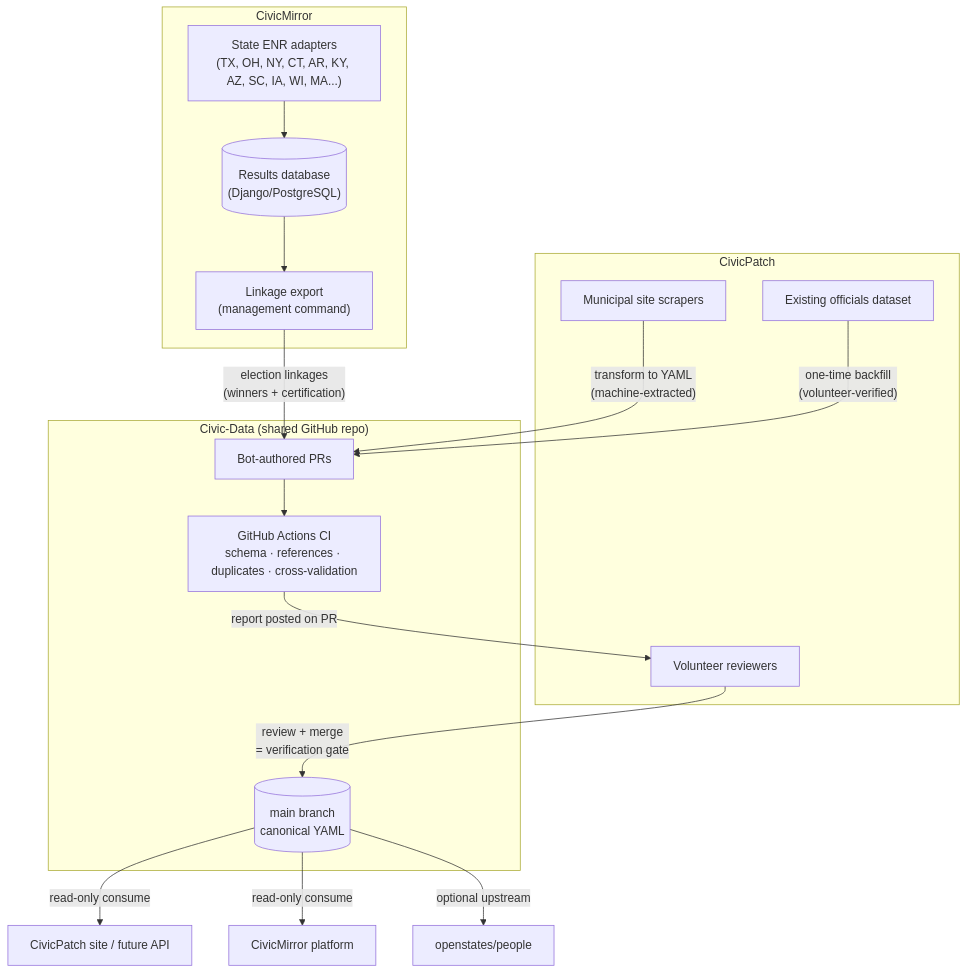
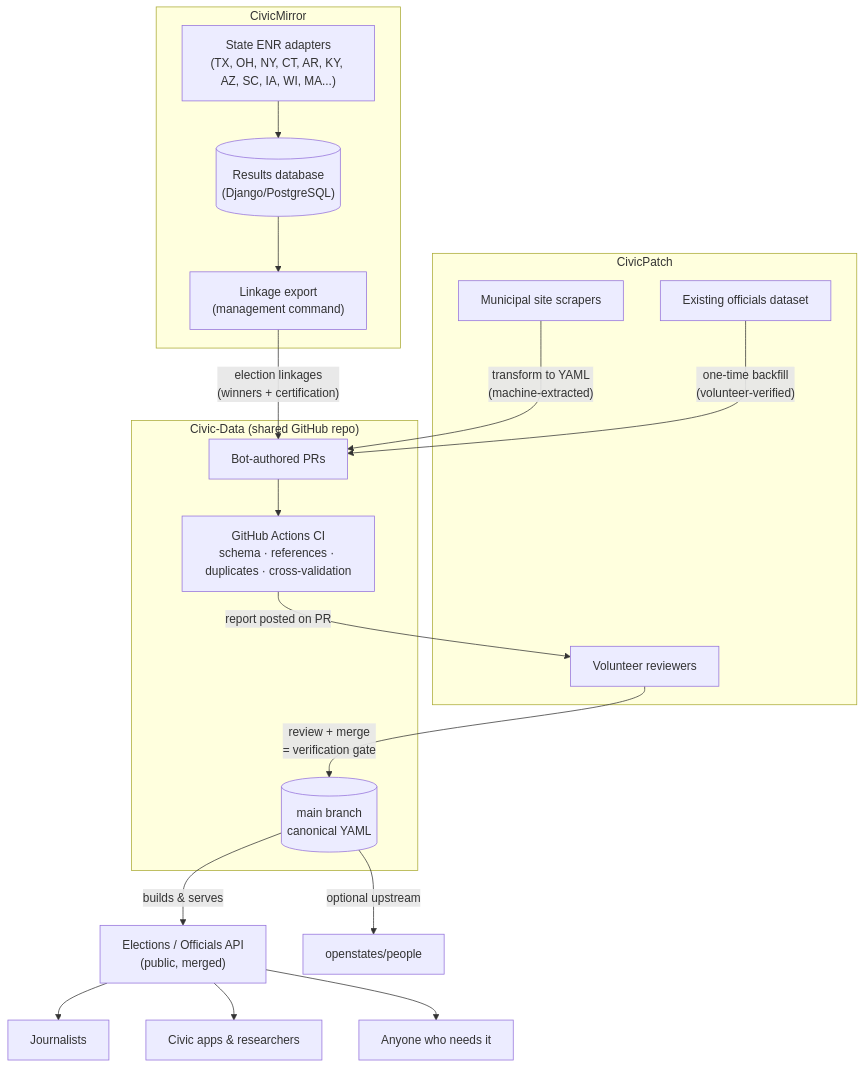
Before and after one commit to CivicMirror/Civic-Data: the diagram in Data_Flow.md, drawn with Mermaid. The commit also changed other lines of this file, not shown here.

First line of the commit message:
Enhance Data Flow documentation and API details

````diff
--- a/Data_Flow.md
+++ b/Data_Flow.md
@@ -7,34 +7,37 @@
 ```mermaid
 flowchart TB
     subgraph CP["CivicPatch"]
         CPS["Municipal site scrapers"]
         CPD["Existing officials dataset"]
         CPV["Volunteer reviewers"]
     end
 
     subgraph CM["CivicMirror"]
         CMA["State ENR adapters<br/>(TX, OH, NY, CT, AR, KY, AZ, SC, IA, WI, MA...)"]
         CMD[("Results database<br/>(Django/PostgreSQL)")]
         CME["Linkage export<br/>(management command)"]
     end
 
     subgraph CD["Civic-Data (shared GitHub repo)"]
         PR["Bot-authored PRs"]
         CI["GitHub Actions CI<br/>schema · references · duplicates · cross-validation"]
         MAIN[("main branch<br/>canonical YAML")]
     end
 
     CPS -->|"transform to YAML<br/>(machine-extracted)"| PR
     CPD -->|"one-time backfill<br/>(volunteer-verified)"| PR
     CMA --> CMD
     CMD --> CME
     CME -->|"election linkages<br/>(winners + certification)"| PR
 
     PR --> CI
     CI -->|"report posted on PR"| CPV
     CPV -->|"review + merge<br/>= verification gate"| MAIN
 
-    MAIN -->|"read-only consume"| CPAPI["CivicPatch site / future API"]
-    MAIN -->|"read-only consume"| CMAPI["CivicMirror platform"]
+    MAIN -->|"builds & serves"| API["Elections / Officials API<br/>(public, merged)"]
     MAIN -->|"optional upstream"| OS["openstates/people"]
+
+    API --> C1["Journalists"]
+    API --> C2["Civic apps & researchers"]
+    API --> C3["Anyone who needs it"]
 ```
````
